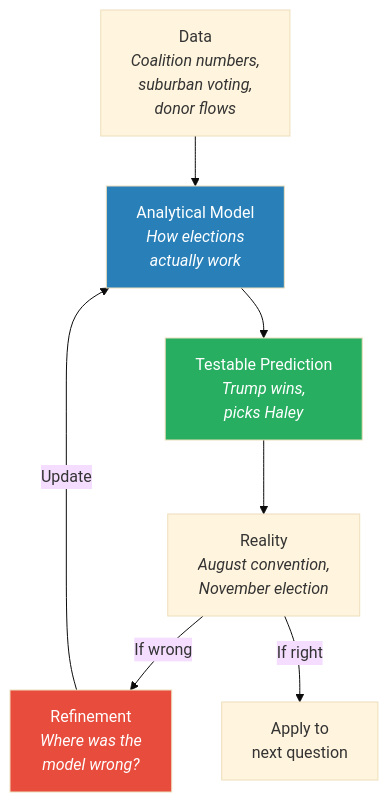
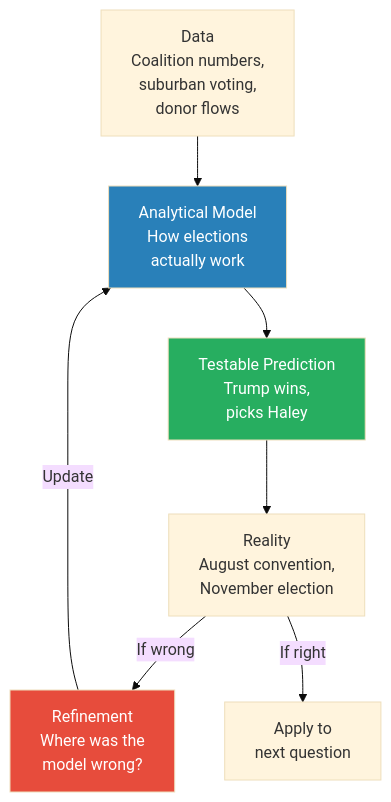
One commit to alius33/reader changed the ninth of 9 diagrams in summaries/Lectures/Geo-Strategy/05 - Why Trump Will Win.md. Above: the diagram before and after it, drawn with Mermaid (base theme). The commit also changed other lines of this file and 26 other files, not shown here.

````diff
--- a/summaries/Lectures/Geo-Strategy/05 - Why Trump Will Win.md
+++ b/summaries/Lectures/Geo-Strategy/05 - Why Trump Will Win.md
@@ -684,15 +524,15 @@
 ```mermaid
 flowchart TB
-    D["Data<br/><i>Coalition numbers,<br/>suburban voting,<br/>donor flows</i>"]
-    M["Analytical Model<br/><i>How elections<br/>actually work</i>"]
-    P["Testable Prediction<br/><i>Trump wins,<br/>picks Haley</i>"]
-    R["Reality<br/><i>August convention,<br/>November election</i>"]
-    REF["Refinement<br/><i>Where was the<br/>model wrong?</i>"]
+    D["Data<br/>Coalition numbers,<br/>suburban voting,<br/>donor flows"]
+    M["Analytical Model<br/>How elections<br/>actually work"]
+    P["Testable Prediction<br/>Trump wins,<br/>picks Haley"]
+    R["Reality<br/>August convention,<br/>November election"]
+    REF["Refinement<br/>Where was the<br/>model wrong?"]
     D --> M --> P --> R
     R -->|"If wrong"| REF
     REF -->|"Update"| M
     R -->|"If right"| NEXT["Apply to<br/>next question"]
     style M fill:#2980b9,color:#fff
     style P fill:#27ae60,color:#fff
     style REF fill:#e74c3c,color:#fff
 ```
````
